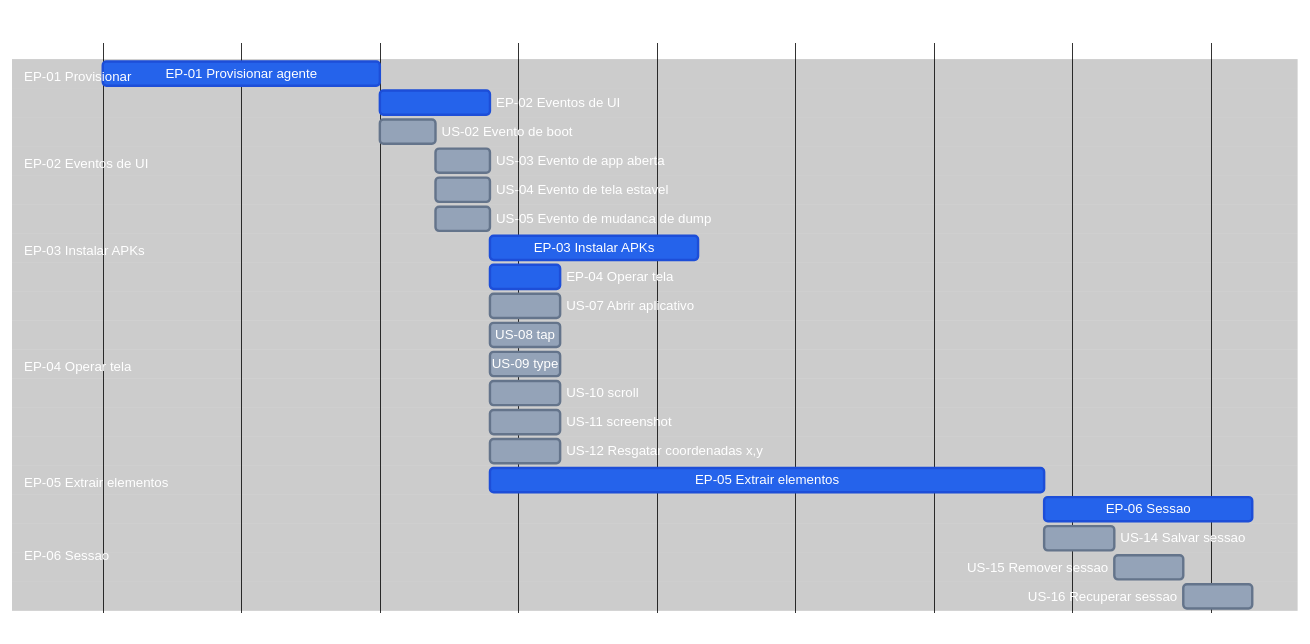
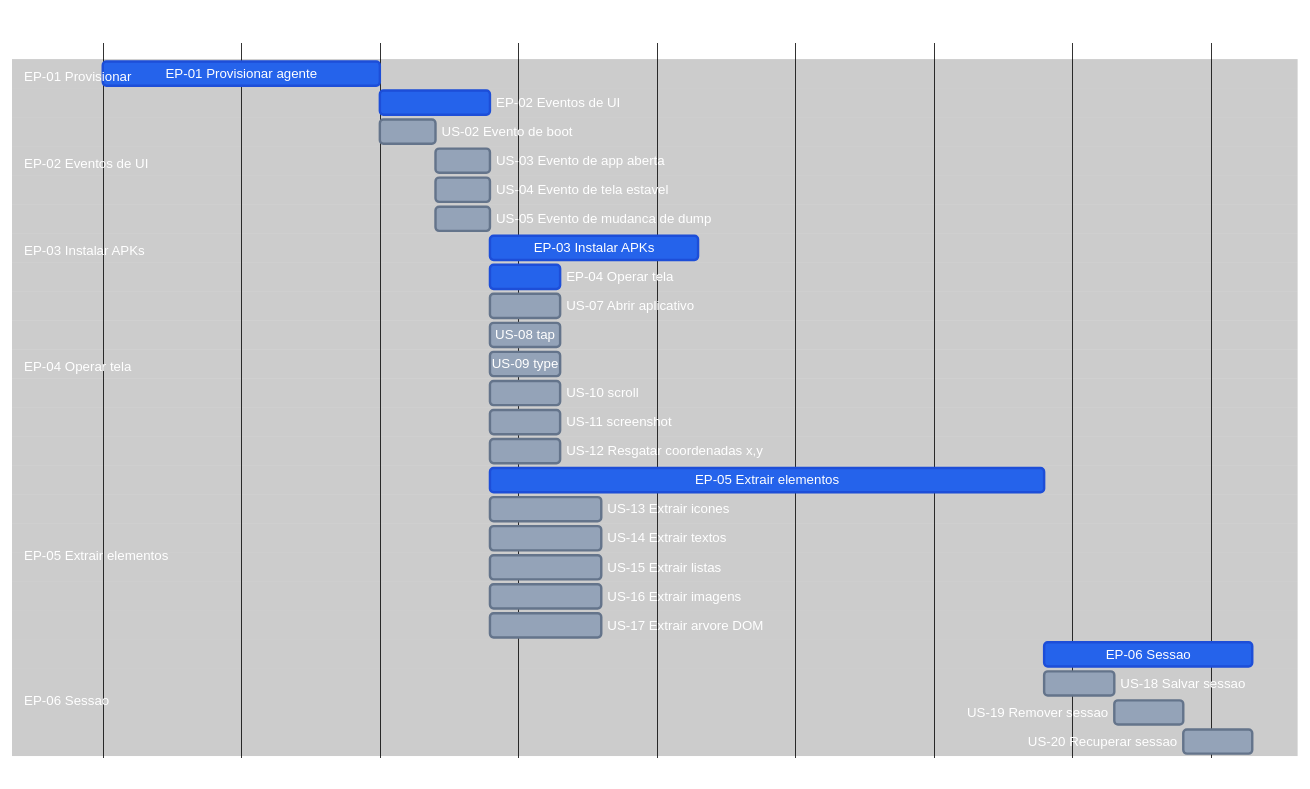
One commit to laerciogermano/workstation changed the diagram in connectmax/screen-robot/6.roadmap.md. Above: the diagram before and after it, drawn with Mermaid. The commit also changed 8 other files, not shown here.

Commit message:
Expande Extrair elementos em ícones, textos, listas, imagens e árvore DOM.

````diff
--- a/connectmax/screen-robot/6.roadmap.md
+++ b/connectmax/screen-robot/6.roadmap.md
@@ -9,70 +9,75 @@
 ```mermaid
 ---
 config:
   theme: base
   themeVariables:
     darkMode: true
     background: '#000000'
     primaryTextColor: '#ffffff'
     secondaryTextColor: '#ffffff'
     tertiaryTextColor: '#ffffff'
     textColor: '#ffffff'
     lineColor: '#333333'
     mainBkg: '#000000'
     secondaryColor: '#000000'
     tertiaryColor: '#000000'
     sectionBkgColor: '#000000'
     sectionBkgColor2: '#000000'
     altSectionBkgColor: '#000000'
     gridColor: '#222222'
     excludeBkgColor: '#000000'
     todayLineColor: '#444444'
     doneTaskBkgColor: '#2563eb'
     doneTaskBorderColor: '#1d4ed8'
     taskBkgColor: '#94a3b8'
     taskBorderColor: '#64748b'
     taskTextColor: '#ffffff'
     taskTextDarkColor: '#ffffff'
     taskTextLightColor: '#ffffff'
     taskTextOutsideColor: '#ffffff'
     critBkgColor: '#2563eb'
     critBorderColor: '#1d4ed8'
     activeTaskBkgColor: '#94a3b8'
     activeTaskBorderColor: '#64748b'
 ---
 gantt
   title screen-robot EP / US
   dateFormat X
   axisFormat %s
 
   section EP-01 Provisionar
   EP-01 Provisionar agente              :done, ep01, 0, 60m
 
   section EP-02 Eventos de UI
   EP-02 Eventos de UI                   :done, ep02, after ep01, 24m
   US-02 Evento de boot                  :us02, after ep01, 12m
   US-03 Evento de app aberta            :us03, after us02, 12m
   US-04 Evento de tela estavel          :us04, after us02, 12m
   US-05 Evento de mudanca de dump       :us05, after us02, 12m
 
   section EP-03 Instalar APKs
   EP-03 Instalar APKs                   :done, ep03, after us05, 45m
 
   section EP-04 Operar tela
   EP-04 Operar tela                     :done, ep04, after us05, 15m
   US-07 Abrir aplicativo                :us07, after us05, 15m
   US-08 tap                             :us08, after us05, 15m
   US-09 type                            :us09, after us05, 15m
   US-10 scroll                          :us10, after us05, 15m
   US-11 screenshot                      :us11, after us05, 15m
   US-12 Resgatar coordenadas x,y        :us12, after us05, 15m
 
   section EP-05 Extrair elementos
   EP-05 Extrair elementos               :done, ep05, after us05, 120m
+  US-13 Extrair icones                  :us13, after us05, 24m
+  US-14 Extrair textos                  :us14, after us05, 24m
+  US-15 Extrair listas                  :us15, after us05, 24m
+  US-16 Extrair imagens                 :us16, after us05, 24m
+  US-17 Extrair arvore DOM              :us17, after us05, 24m
 
   section EP-06 Sessao
   EP-06 Sessao                          :done, ep06, after ep05, 45m
-  US-14 Salvar sessao                   :us14, after ep05, 15m
-  US-15 Remover sessao                  :us15, after us14, 15m
-  US-16 Recuperar sessao                :us16, after us15, 15m
+  US-18 Salvar sessao                   :us18, after ep05, 15m
+  US-19 Remover sessao                  :us19, after us18, 15m
+  US-20 Recuperar sessao                :us20, after us19, 15m
 ```
````
